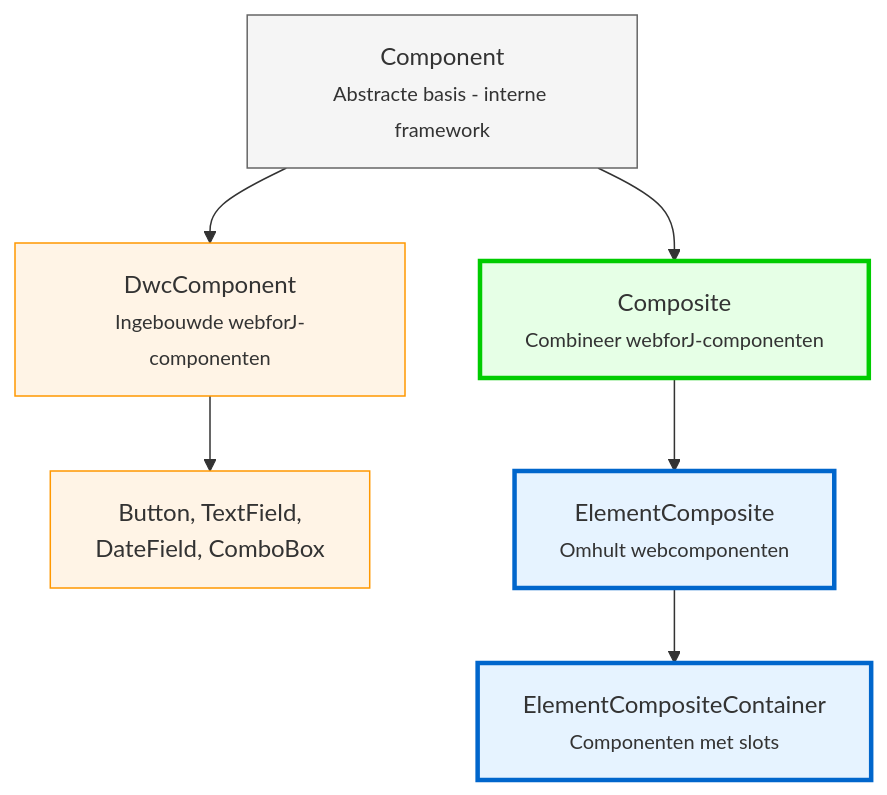
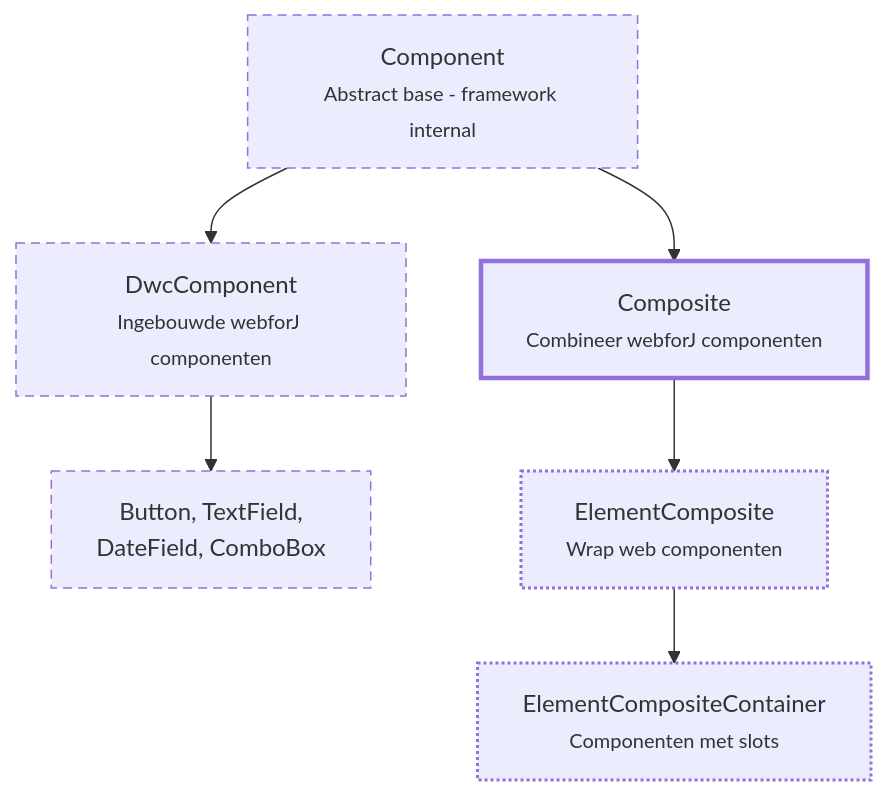
The diagram in docs/i18n/nl/docusaurus-plugin-content-docs/current/building-ui/component-fundamentals.md (webforj/webforj-documentation), drawn with Mermaid before and after one commit. The commit also changed other lines of this file and 11 other files, not shown here.

````diff
--- a/docs/i18n/nl/docusaurus-plugin-content-docs/current/building-ui/component-fundamentals.md
+++ b/docs/i18n/nl/docusaurus-plugin-content-docs/current/building-ui/component-fundamentals.md
@@ -52,22 +52,19 @@
 ```mermaid
 graph TD
-  A[Component<br/><small>Abstracte basis - interne framework</small>]
+  A[Component<br/><small>Abstract base - framework internal</small>]
   
-  A --> B[DwcComponent<br/><small>Ingebouwde webforJ-componenten</small>]
-  A --> C[Composite<br/><small>Combineer webforJ-componenten</small>]
+  A --> B[DwcComponent<br/><small>Ingebouwde webforJ componenten</small>]
+  A --> C[Composite<br/><small>Combineer webforJ componenten</small>]
   
   B --> E[Button, TextField,<br/>DateField, ComboBox]
   
-  C --> D[ElementComposite<br/><small>Omhult webcomponenten</small>]
+  C --> D[ElementComposite<br/><small>Wrap web componenten</small>]
   D --> F[ElementCompositeContainer<br/><small>Componenten met slots</small>]
-  
-  style A fill:#f5f5f5,stroke:#666
-  style B fill:#fff4e6,stroke:#ff9800
-  style C fill:#e6ffe6,stroke:#00cc00
-  style D fill:#e6f3ff,stroke:#0066cc
-  style E fill:#fff4e6,stroke:#ff9800
-  style F fill:#e6f3ff,stroke:#0066cc
-  
-  classDef userClass stroke-width:3px
-  class C,D,F userClass
+
+  classDef internal stroke-dasharray:6 4,stroke-width:1px
+  classDef primary stroke-width:3px
+  classDef secondary stroke-width:2px,stroke-dasharray:2 2
+  class A,B,E internal
+  class C primary
+  class D,F secondary
 ```
````
